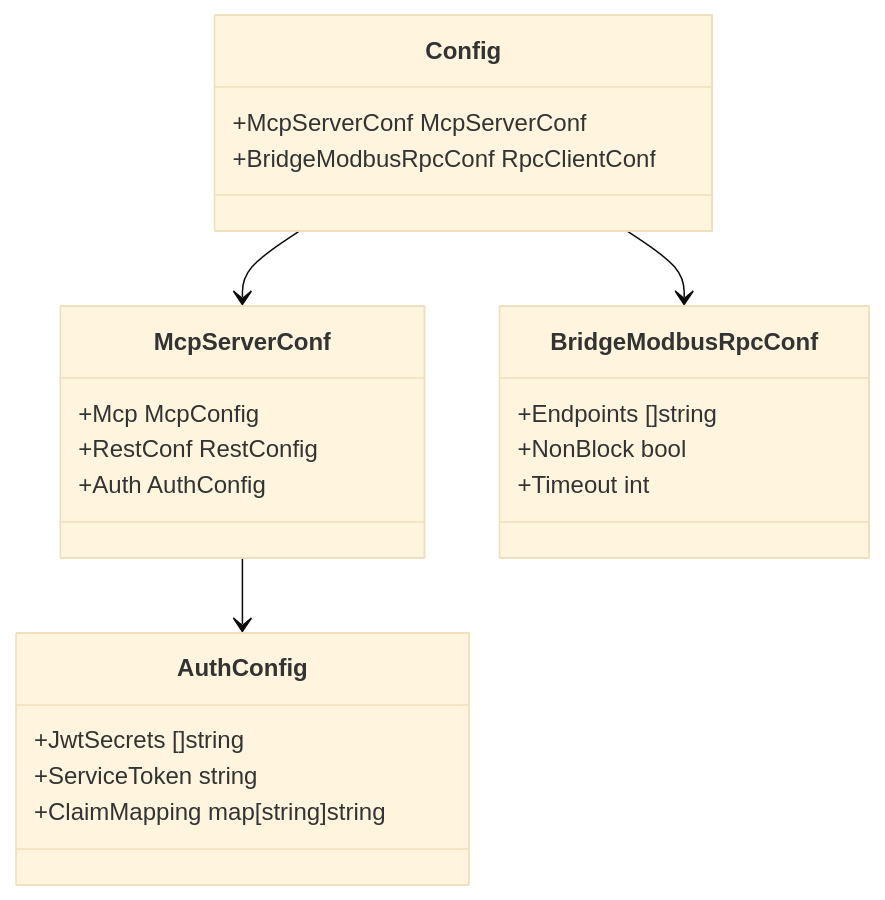
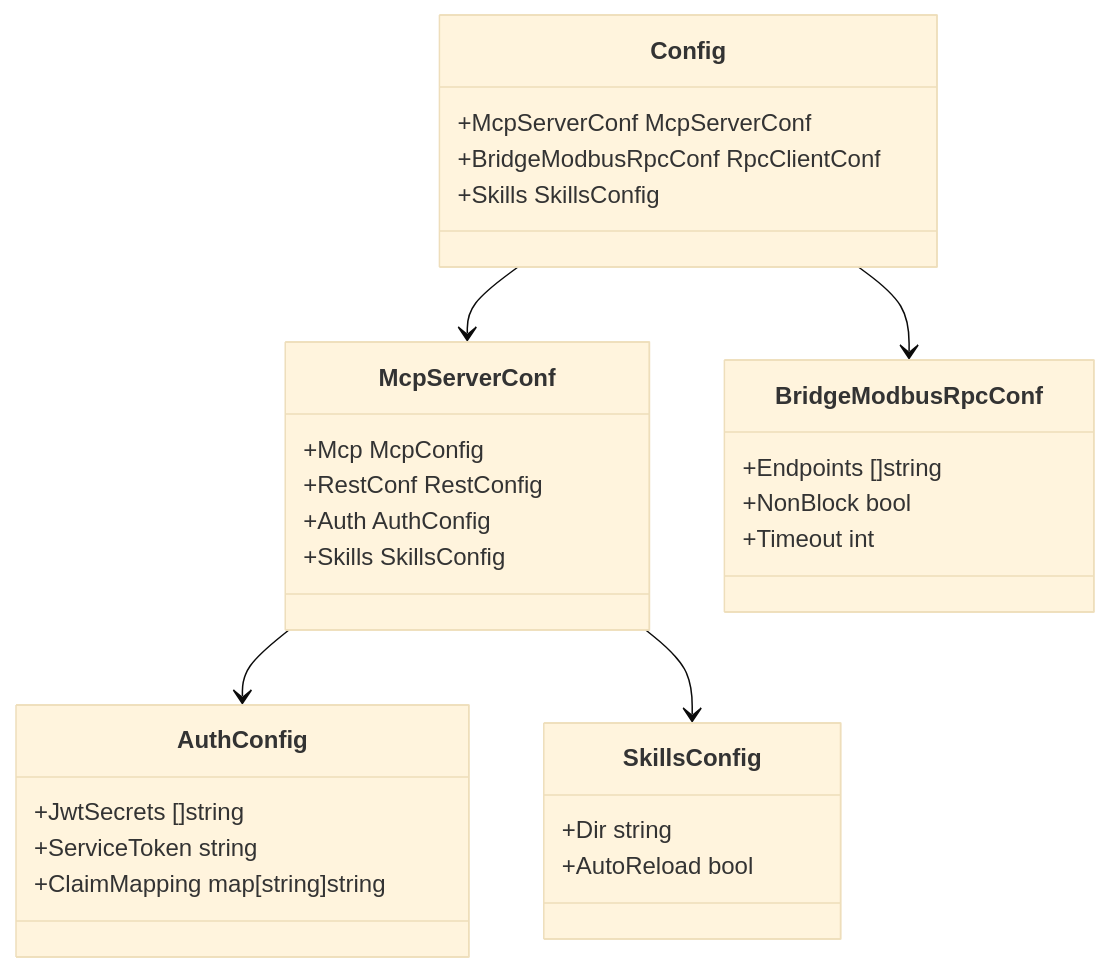
Before and after one commit to maomao94/zero-service: the second of 11 diagrams in .qoder/repowiki/zh/content/MCP服务器配置.md, drawn with Mermaid (base theme). The commit also changed other lines of this file and 48 other files, not shown here.

````diff
--- a/.qoder/repowiki/zh/content/MCP服务器配置.md
+++ b/.qoder/repowiki/zh/content/MCP服务器配置.md
@@ -74,25 +94,32 @@
 ```mermaid
 classDiagram
 class Config {
 +McpServerConf McpServerConf
 +BridgeModbusRpcConf RpcClientConf
++Skills SkillsConfig
 }
 class McpServerConf {
 +Mcp McpConfig
 +RestConf RestConfig
 +Auth AuthConfig
++Skills SkillsConfig
 }
 class AuthConfig {
 +JwtSecrets []string
 +ServiceToken string
 +ClaimMapping map[string]string
+}
+class SkillsConfig {
++Dir string
++AutoReload bool
 }
 class BridgeModbusRpcConf {
 +Endpoints []string
 +NonBlock bool
 +Timeout int
 }
 Config --> McpServerConf
 McpServerConf --> AuthConfig
+McpServerConf --> SkillsConfig
 Config --> BridgeModbusRpcConf
 ```
````
